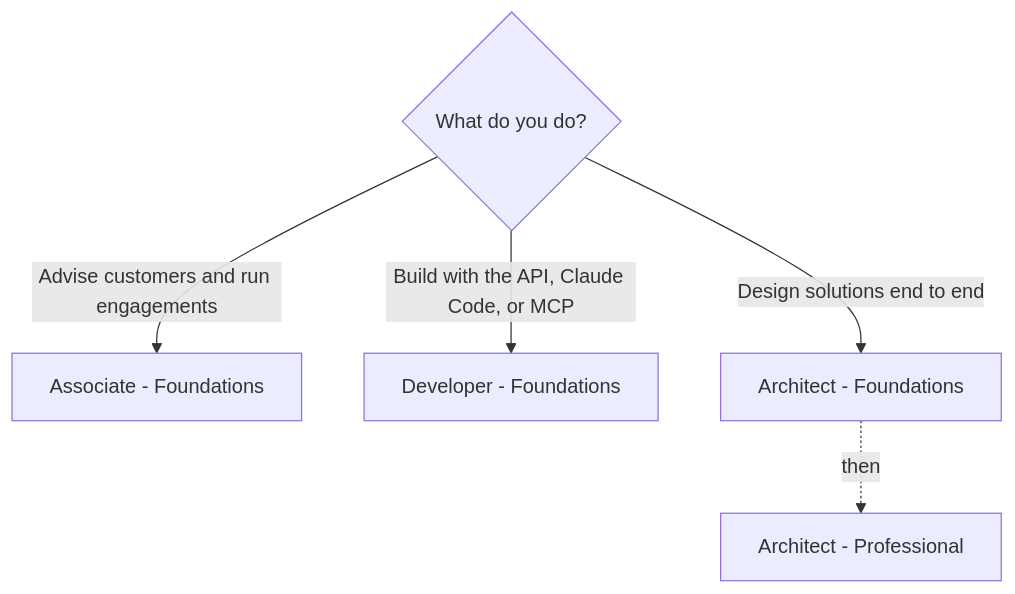
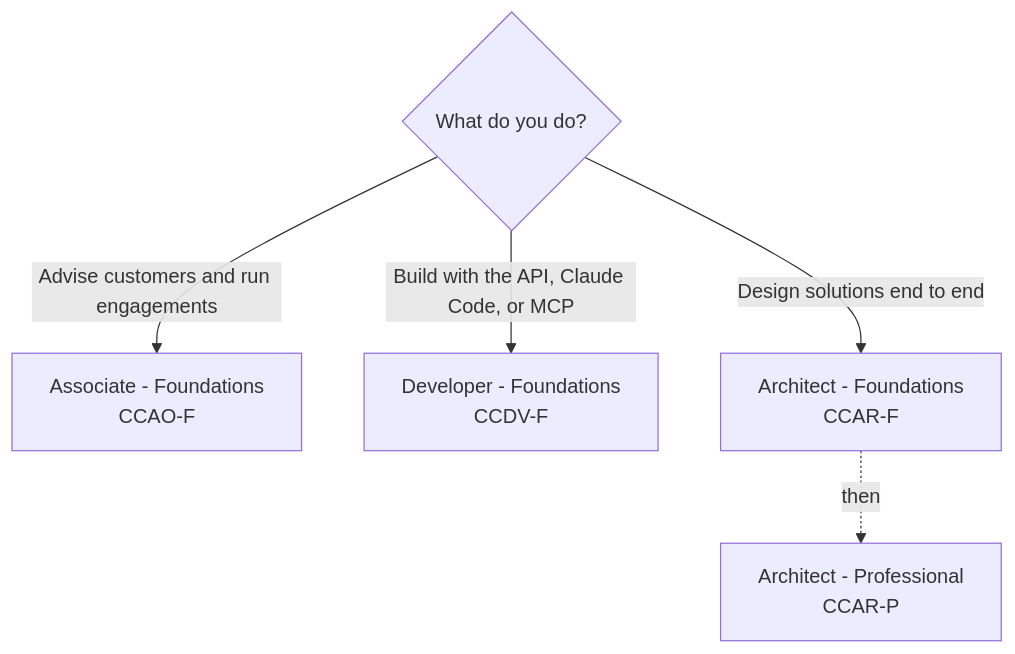
One commit to Amey-Thakur/CLAUDE-CERTIFICATIONS changed the diagram in .github/pages/index.md. Above: the diagram before and after it, drawn with Mermaid. The commit also changed other lines of this file and 22 other files, not shown here.

````diff
--- a/.github/pages/index.md
+++ b/.github/pages/index.md
@@ -60,8 +60,8 @@
 ```mermaid
 flowchart TD
     Q{What do you do?}
-    Q -->|Advise customers and run engagements| A[Associate - Foundations]
-    Q -->|Build with the API, Claude Code, or MCP| D[Developer - Foundations]
-    Q -->|Design solutions end to end| RF[Architect - Foundations]
-    RF -. then .-> RP[Architect - Professional]
+    Q -->|Advise customers and run engagements| A[Associate - Foundations<br/>CCAO-F]
+    Q -->|Build with the API, Claude Code, or MCP| D[Developer - Foundations<br/>CCDV-F]
+    Q -->|Design solutions end to end| RF[Architect - Foundations<br/>CCAR-F]
+    RF -. then .-> RP[Architect - Professional<br/>CCAR-P]
 ```
````
